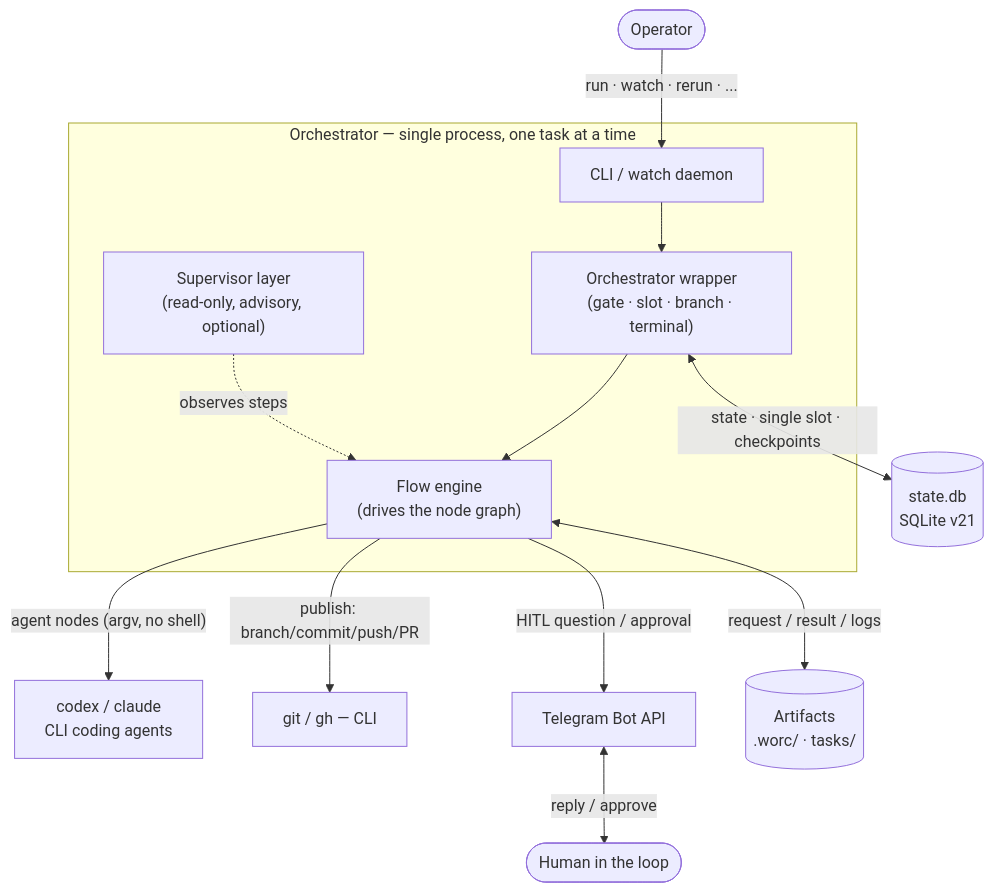
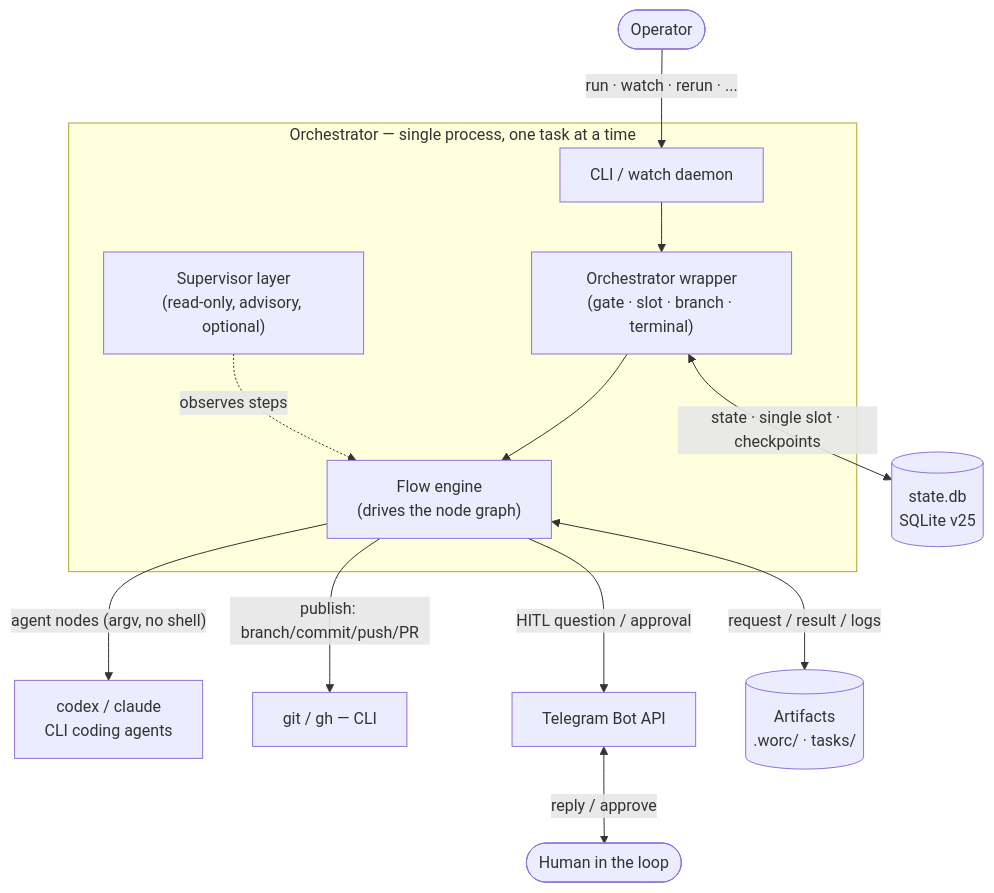
Before and after one commit to VladimirMakarevich/wastech-orchestrator: the first of 3 diagrams in docs/worc_architecture.md, drawn with Mermaid. The commit also changed other lines of this file, not shown here.

Commit message:
docs: update SQLite schema version to v25 and clarify preflight checks

````diff
--- a/docs/worc_architecture.md
+++ b/docs/worc_architecture.md
@@ -30,28 +30,28 @@
 ```mermaid
 flowchart TB
     operator(["Operator"])
     human(["Human in the loop"])
 
     subgraph orc["Orchestrator — single process, one task at a time"]
         cli["CLI / watch daemon"]
         wrap["Orchestrator wrapper<br/>(gate · slot · branch · terminal)"]
         engine["Flow engine<br/>(drives the node graph)"]
         sup["Supervisor layer<br/>(read-only, advisory, optional)"]
         cli --> wrap --> engine
         sup -. observes steps .-> engine
     end
 
     agents["codex / claude<br/>CLI coding agents"]
     vcs["git / gh — CLI"]
     tg["Telegram Bot API"]
-    db[("state.db<br/>SQLite v21")]
+    db[("state.db<br/>SQLite v25")]
     art[("Artifacts<br/>.worc/ · tasks/")]
 
     operator -->|"run · watch · rerun · ..."| cli
     engine -->|"agent nodes (argv, no shell)"| agents
     engine -->|"publish: branch/commit/push/PR"| vcs
     engine -->|"HITL question / approval"| tg
     tg <-->|"reply / approve"| human
     wrap <-->|"state · single slot · checkpoints"| db
     engine <-->|"request / result / logs"| art
 ```
````
